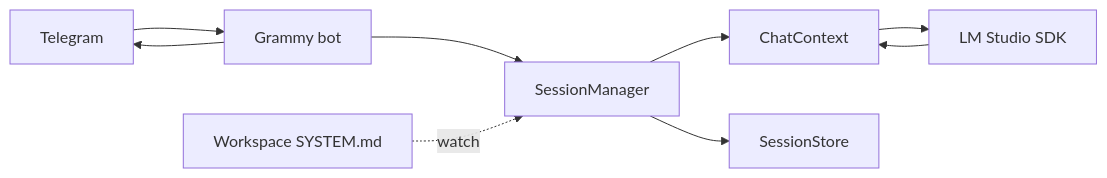
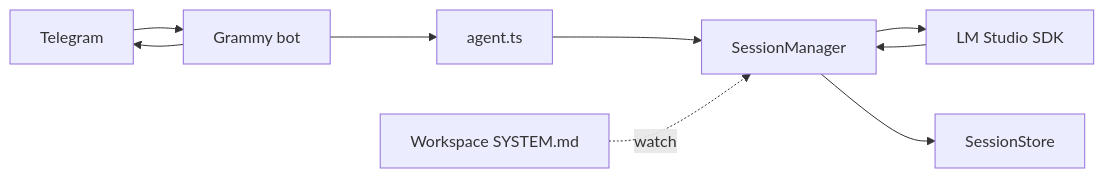
The diagram in README.md (phughesmcr/deno-ai-agent), drawn with Mermaid before and after one commit. The commit also changed other lines of this file and 50 other files, not shown here.

First line of the commit message:
Add agent guidelines and improve session management

````diff
--- a/README.md
+++ b/README.md
@@ -60,11 +60,11 @@
 ```mermaid
 flowchart LR
   TG[Telegram] --> Bot[Grammy bot]
-  Bot --> Sess[SessionManager]
-  Sess --> Chat[ChatContext]
-  Chat --> LM[LM Studio SDK]
-  LM --> Chat
+  Bot --> Agent[agent.ts]
+  Agent --> Sess[SessionManager]
+  Sess --> LM[LM Studio SDK]
+  LM --> Sess
   Sess --> Store[SessionStore]
   Bot --> TG
   WS[Workspace SYSTEM.md] -.->|watch| Sess
 ```
````
